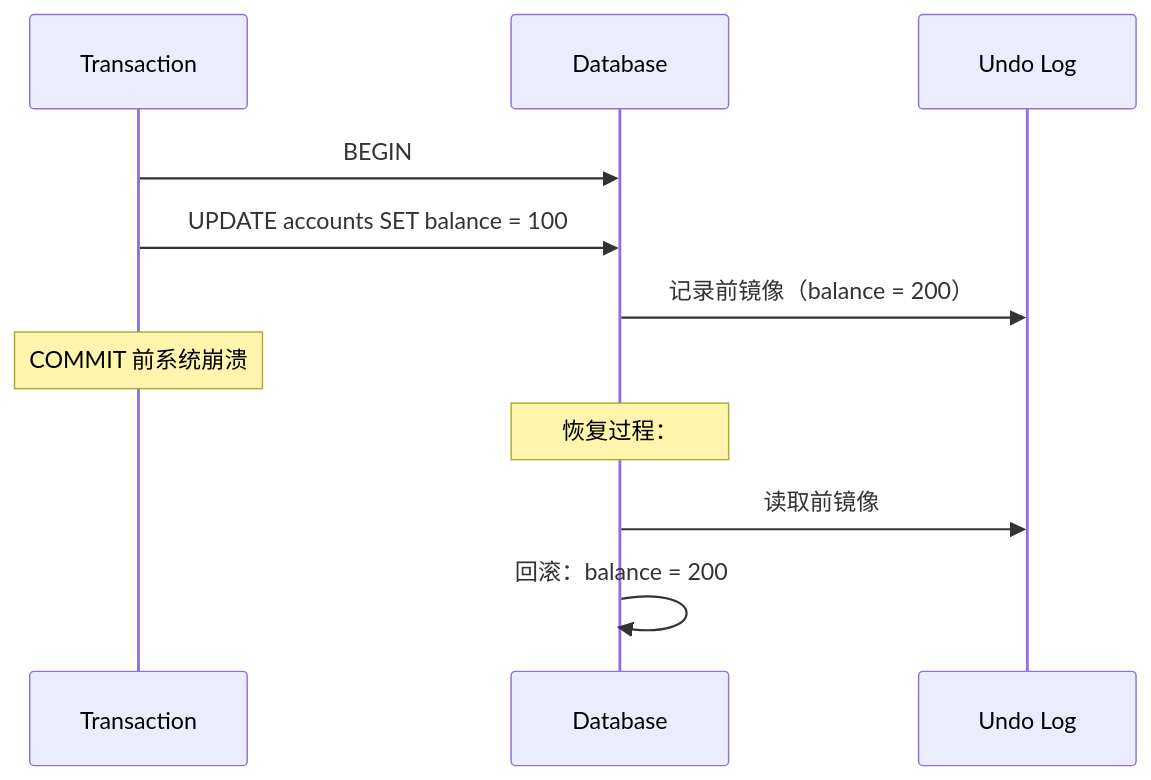
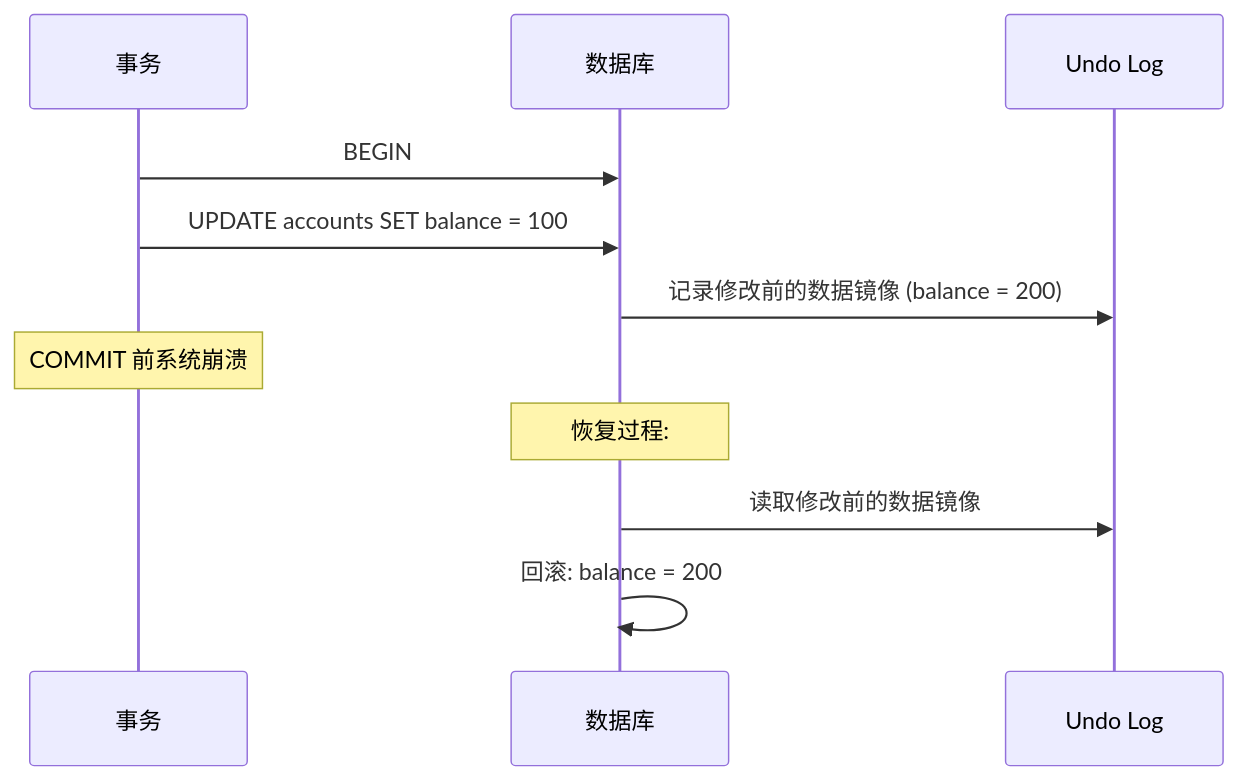
The first of 5 diagrams in i18n/zh-Hans/docusaurus-plugin-content-docs/current/cs/database/mysql/transactions.mdx (YiWang24/AiDIY), drawn with Mermaid before and after one commit. The commit also changed other lines of this file and 59 other files, not shown here.

````diff
--- a/i18n/zh-Hans/docusaurus-plugin-content-docs/current/cs/database/mysql/transactions.mdx
+++ b/i18n/zh-Hans/docusaurus-plugin-content-docs/current/cs/database/mysql/transactions.mdx
@@ -42,16 +42,16 @@
 ```mermaid
 sequenceDiagram
-    participant T as Transaction
-    participant DB as Database
+    participant T as 事务
+    participant DB as 数据库
     participant Undo as Undo Log
 
     T->>DB: BEGIN
     T->>DB: UPDATE accounts SET balance = 100
-    DB->>Undo: 记录前镜像（balance = 200）
+    DB->>Undo: 记录修改前的数据镜像 (balance = 200)
 
     Note over T: COMMIT 前系统崩溃
 
-    Note over DB: 恢复过程：
-    DB->>Undo: 读取前镜像
-    DB->>DB: 回滚：balance = 200
+    Note over DB: 恢复过程:
+    DB->>Undo: 读取修改前的数据镜像
+    DB->>DB: 回滚: balance = 200
 ```
````
